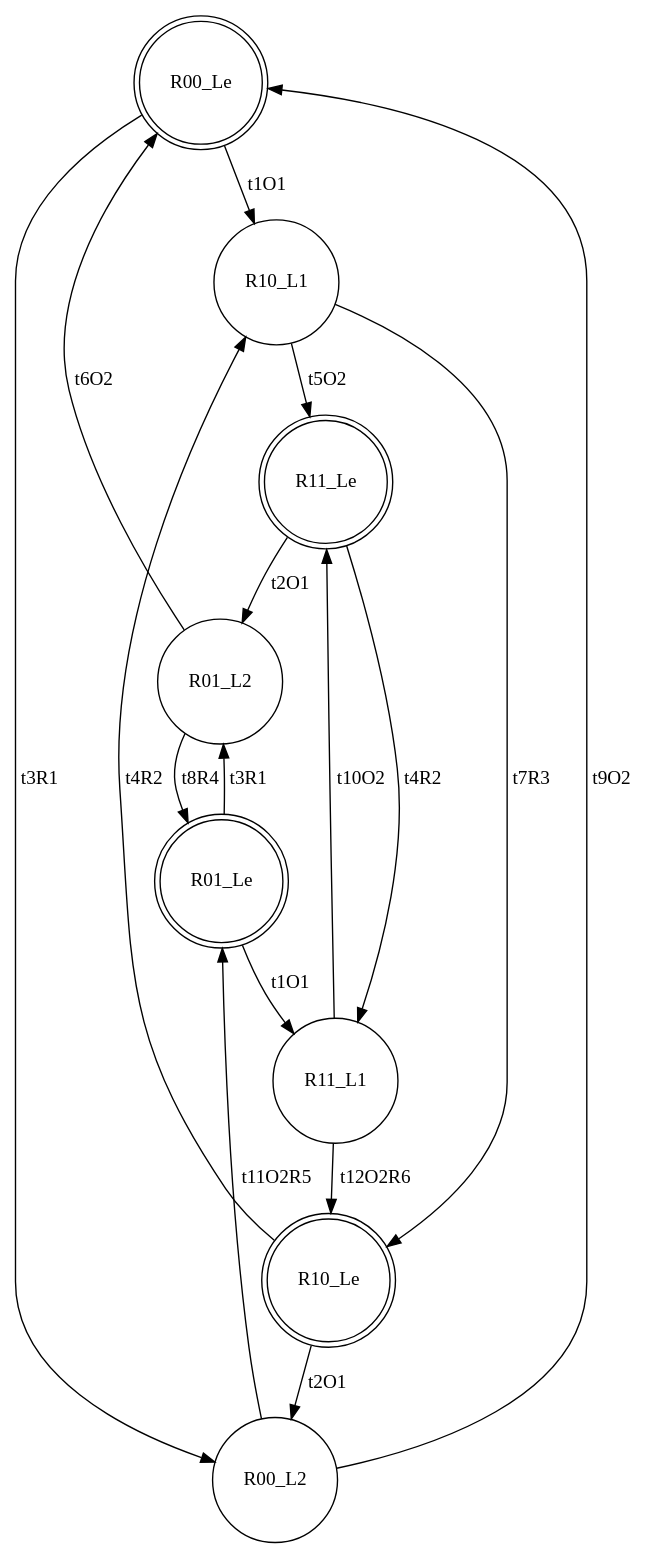
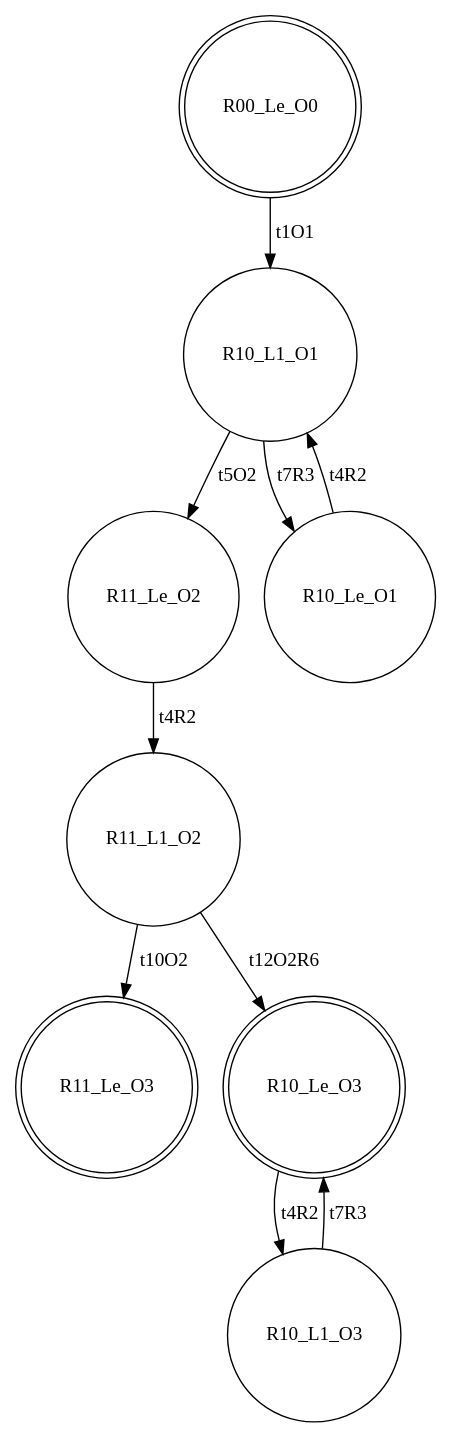
The diagram in input/s2_SC.dot (Stefano-BS/Explanatory-Diagnosis), drawn with Graphviz before and after one commit. The commit also changed 63 other files, not shown here.

Commit message:
Made interaction menu (instead of sequence): will be more flexible. Tweaks for final states.

```diff
--- a/input/s2_SC.dot
+++ b/input/s2_SC.dot
@@ -1,26 +1,19 @@
 digraph "SCinput/s2" {
-node [shape=doublecircle]; R00_Le ;
-node [shape=circle]; R10_L1 ;
-node [shape=doublecircle]; R11_Le ;
-node [shape=circle]; R01_L2 ;
-node [shape=doublecircle]; R01_Le ;
-node [shape=circle]; R11_L1 ;
-node [shape=doublecircle]; R10_Le ;
-node [shape=circle]; R00_L2 ;
-R00_Le -> R00_L2 [label=t3R1]
-R00_Le -> R10_L1 [label=t1O1]
-R10_L1 -> R10_Le [label=t7R3]
-R10_L1 -> R11_Le [label=t5O2]
-R11_Le -> R11_L1 [label=t4R2]
-R11_Le -> R01_L2 [label=t2O1]
-R01_L2 -> R01_Le [label=t8R4]
-R01_L2 -> R00_Le [label=t6O2]
-R01_Le -> R01_L2 [label=t3R1]
-R01_Le -> R11_L1 [label=t1O1]
-R11_L1 -> R10_Le [label=t12O2R6]
-R11_L1 -> R11_Le [label=t10O2]
-R10_Le -> R10_L1 [label=t4R2]
-R10_Le -> R00_L2 [label=t2O1]
-R00_L2 -> R01_Le [label=t11O2R5]
-R00_L2 -> R00_Le [label=t9O2]
+node [shape=doublecircle]; R00_Le_O0 ;
+node [shape=circle]; R10_L1_O1 ;
+node [shape=circle]; R11_Le_O2 ;
+node [shape=circle]; R11_L1_O2 ;
+node [shape=doublecircle]; R11_Le_O3 ;
+node [shape=doublecircle]; R10_Le_O3 ;
+node [shape=circle]; R10_L1_O3 ;
+node [shape=circle]; R10_Le_O1 ;
+R00_Le_O0 -> R10_L1_O1 [label=t1O1]
+R10_L1_O1 -> R10_Le_O1 [label=t7R3]
+R10_L1_O1 -> R11_Le_O2 [label=t5O2]
+R11_Le_O2 -> R11_L1_O2 [label=t4R2]
+R11_L1_O2 -> R10_Le_O3 [label=t12O2R6]
+R11_L1_O2 -> R11_Le_O3 [label=t10O2]
+R10_Le_O3 -> R10_L1_O3 [label=t4R2]
+R10_L1_O3 -> R10_Le_O3 [label=t7R3]
+R10_Le_O1 -> R10_L1_O1 [label=t4R2]
 }
```
